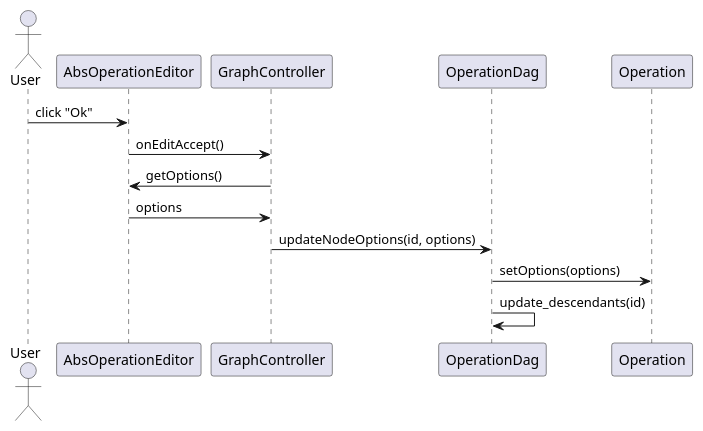
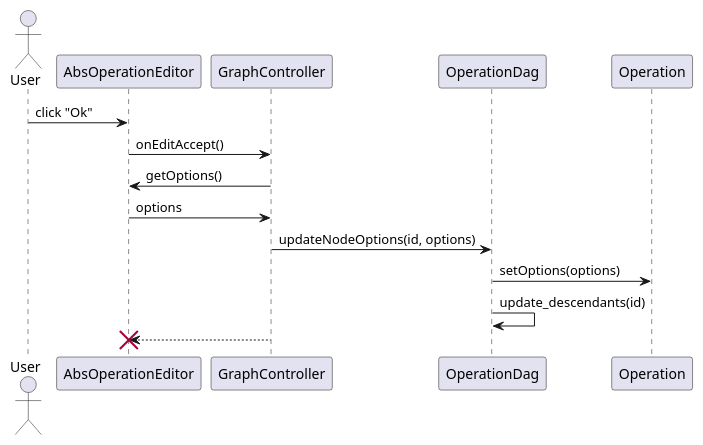
The fourth of 7 diagrams in uml/controller.puml (alezanga/dataMole), drawn with PlantUML before and after one commit. The commit also changed other lines of this file and 4 other files, not shown here.

Commit message:
uml edited

```diff
--- a/uml/controller.puml
+++ b/uml/controller.puml
@@ -63,13 +63,15 @@
 @startuml controller_accept
 
 actor User
 
 User -> AbsOperationEditor: click "Ok"
 AbsOperationEditor -> GraphController: onEditAccept()
 GraphController -> AbsOperationEditor: getOptions()
 GraphController <- AbsOperationEditor: options
 GraphController -> OperationDag: updateNodeOptions(id, options)
 OperationDag -> Operation: setOptions(options)
 OperationDag -> OperationDag: update_descendants(id)
+GraphController --> AbsOperationEditor
+destroy AbsOperationEditor
 
 @enduml
```
